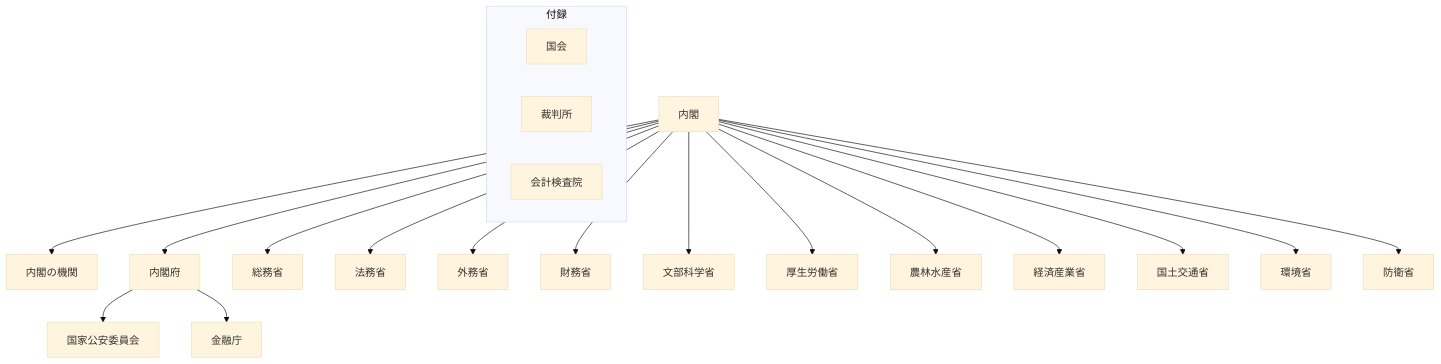
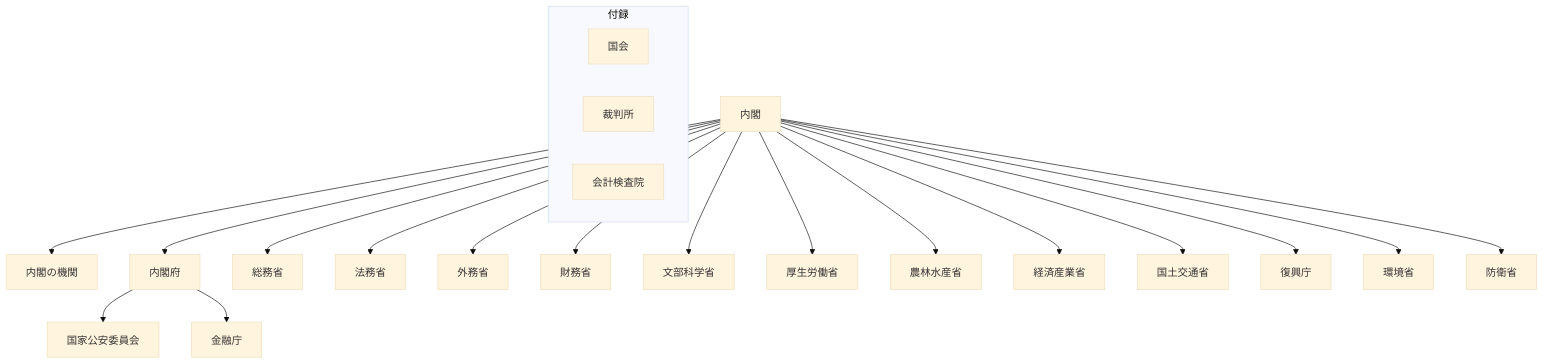
One commit to tatemaru/jp-admin-org-chart changed the diagram in README.md. Above: the diagram before and after it, drawn with Mermaid (base theme). The commit also changed other lines of this file and 1 other file, not shown here.

First line of the commit message:
feat(復興庁): 復興庁を設置

````diff
--- a/README.md
+++ b/README.md
@@ -9,24 +9,25 @@
 ```mermaid
 flowchart TB
   subgraph appendix["付録"]
     Diet["国会"]
     Court["裁判所"]
     Audit["会計検査院"]
   end
   Cab["内閣"]
   Cab --> NKikan["内閣の機関"]
   Cab --> CAO["内閣府"]
   Cab --> Somu["総務省"]
   Cab --> Homu["法務省"]
   Cab --> Gaimu["外務省"]
   Cab --> Zaimu["財務省"]
   Cab --> Mext["文部科学省"]
   Cab --> Mhlw["厚生労働省"]
   Cab --> Maff["農林水産省"]
   Cab --> Meti["経済産業省"]
   Cab --> Mlit["国土交通省"]
+  Cab --> Fukko["復興庁"]
   Cab --> Env["環境省"]
   CAO --> NPA["国家公安委員会"]
   Cab --> Mod["防衛省"]
   CAO --> FSA["金融庁"]
 ```
````
